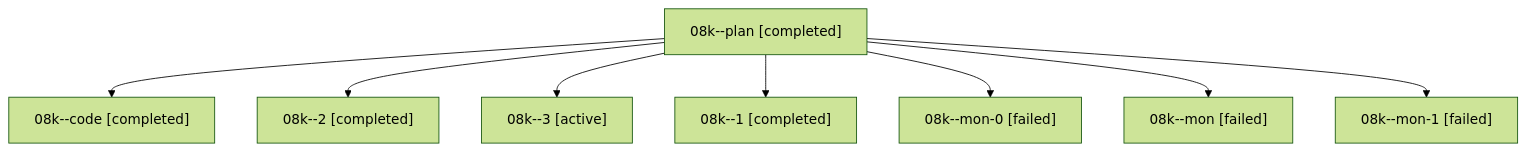
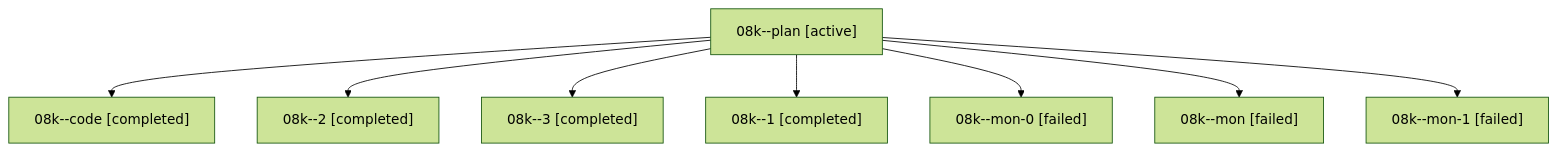
The diagram in families/bbugyi200.athena.08k.md (sase-org/sase--agents), drawn with Mermaid (forest theme) before and after one commit. The commit also changed other lines of this file and 35830 other files, not shown here.

````diff
--- a/families/bbugyi200.athena.08k.md
+++ b/families/bbugyi200.athena.08k.md
@@ -9,18 +9,18 @@
 ```mermaid
 flowchart TD
-  n0["08k--plan [completed]"]
+  n0["08k--plan [active]"]
   n1["08k--code [completed]"]
   n0 --> n1
   n2["08k--2 [completed]"]
   n0 --> n2
-  n3["08k--3 [active]"]
+  n3["08k--3 [completed]"]
   n0 --> n3
   n4["08k--1 [completed]"]
   n0 --> n4
   n5["08k--mon-0 [failed]"]
   n0 --> n5
   n6["08k--mon [failed]"]
   n0 --> n6
   n7["08k--mon-1 [failed]"]
   n0 --> n7
 ```
````
